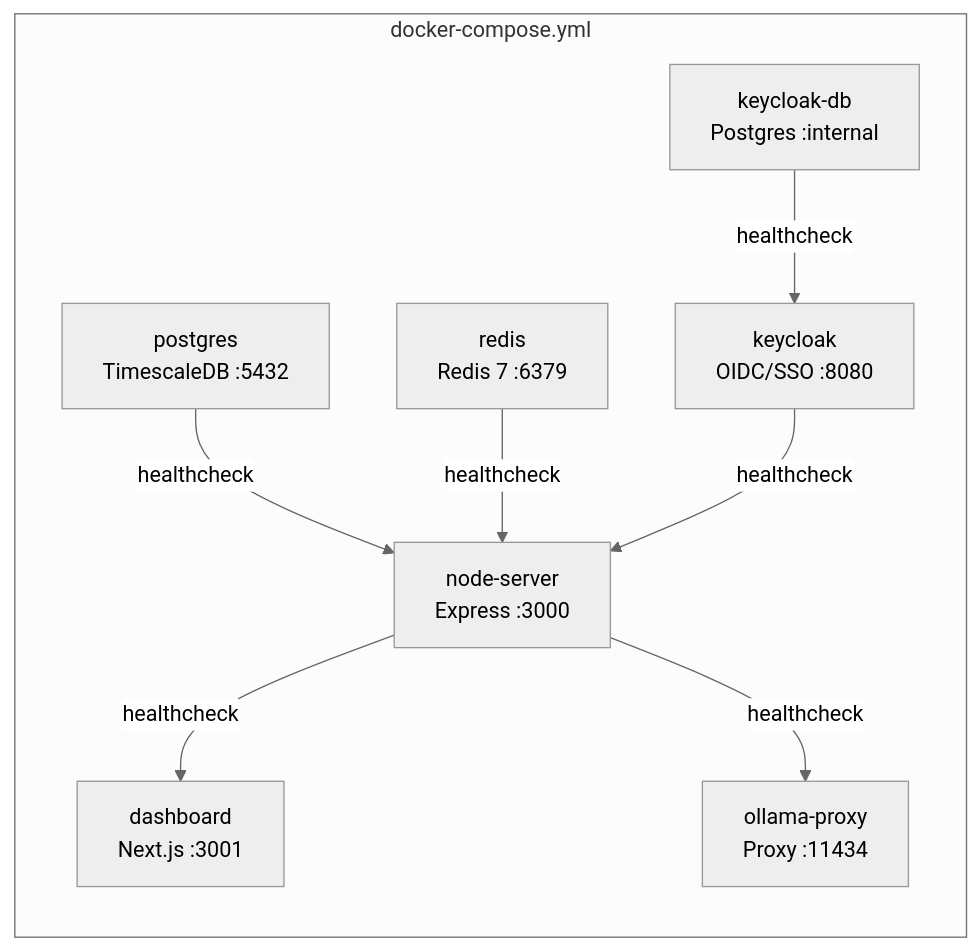
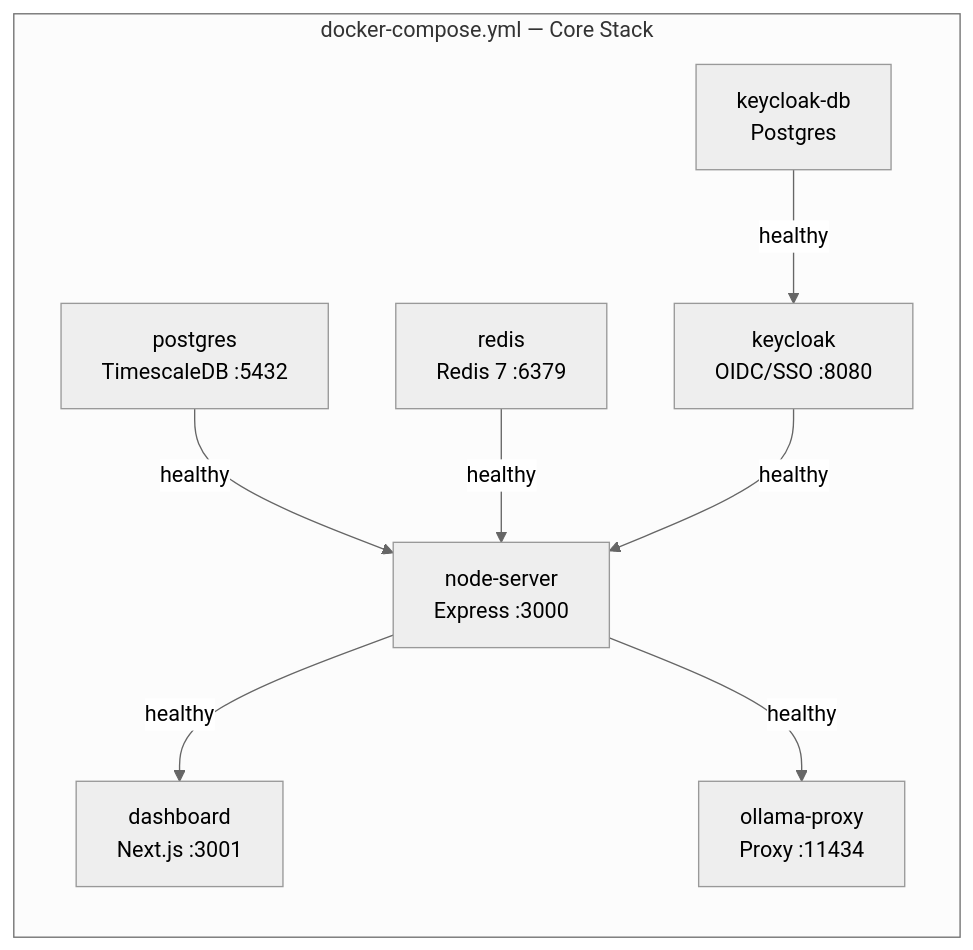
Before and after one commit to vishalm/hivehq: the fourth of 11 diagrams in QUICKSTART.md, drawn with Mermaid (neutral theme). The commit also changed other lines of this file and 1 other file, not shown here.

````diff
--- a/QUICKSTART.md
+++ b/QUICKSTART.md
@@ -148,19 +162,19 @@
 ```mermaid
 graph LR
-    subgraph Compose ["docker-compose.yml"]
-        KDB["keycloak-db<br/>Postgres :internal"]
+    subgraph Compose ["docker-compose.yml — Core Stack"]
+        KDB["keycloak-db<br/>Postgres"]
         KC["keycloak<br/>OIDC/SSO :8080"]
         PG["postgres<br/>TimescaleDB :5432"]
         RD["redis<br/>Redis 7 :6379"]
         NS["node-server<br/>Express :3000"]
         DB["dashboard<br/>Next.js :3001"]
         OP["ollama-proxy<br/>Proxy :11434"]
     end
 
-    KDB -->|"healthcheck"| KC
-    PG -->|"healthcheck"| NS
-    RD -->|"healthcheck"| NS
-    KC -->|"healthcheck"| NS
-    NS -->|"healthcheck"| DB
-    NS -->|"healthcheck"| OP
+    KDB -->|"healthy"| KC
+    PG -->|"healthy"| NS
+    RD -->|"healthy"| NS
+    KC -->|"healthy"| NS
+    NS -->|"healthy"| DB
+    NS -->|"healthy"| OP
 ```
````
